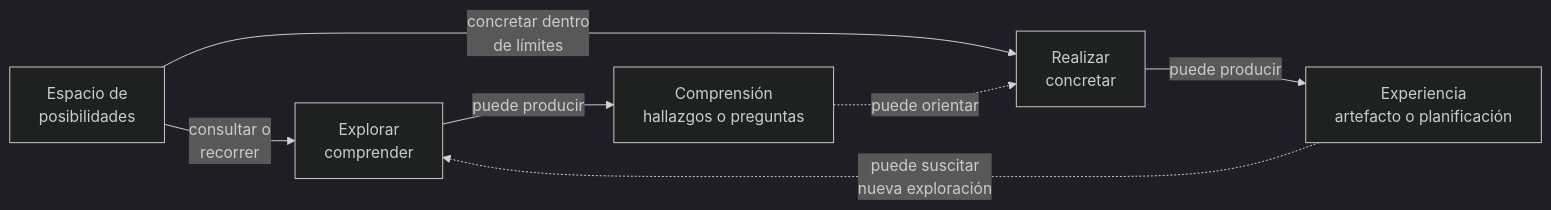
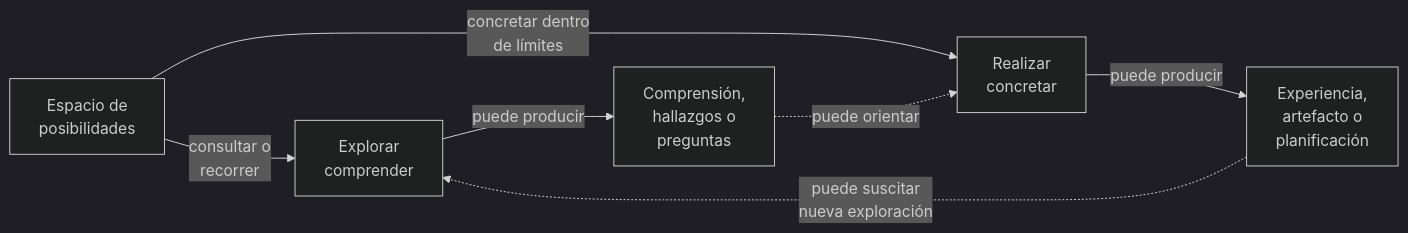
One commit to the-alive-lab/tdidacta changed the diagram in mechanisms/exploration-and-realization.md. Above: the diagram before and after it, drawn with Mermaid (dark theme).

Commit message:
docs: wrap exploration and realization outcomes labels

````diff
--- a/mechanisms/exploration-and-realization.md
+++ b/mechanisms/exploration-and-realization.md
@@ -13,15 +13,15 @@
 ```mermaid
 flowchart LR
     S["Espacio de<br/>posibilidades"]
     E["Explorar<br/>comprender"]
     R["Realizar<br/>concretar"]
-    H["Comprensión<br/>hallazgos o preguntas"]
-    O["Experiencia<br/>artefacto o planificación"]
+    H["Comprensión,<br/>hallazgos o<br/>preguntas"]
+    O["Experiencia,<br/>artefacto o<br/>planificación"]
 
     S -->|"consultar o<br/>recorrer"| E
     S -->|"concretar dentro<br/>de límites"| R
     E -->|"puede producir"| H
     R -->|"puede producir"| O
     H -.->|"puede orientar"| R
     O -.->|"puede suscitar<br/>nueva exploración"| E
 ```
````
